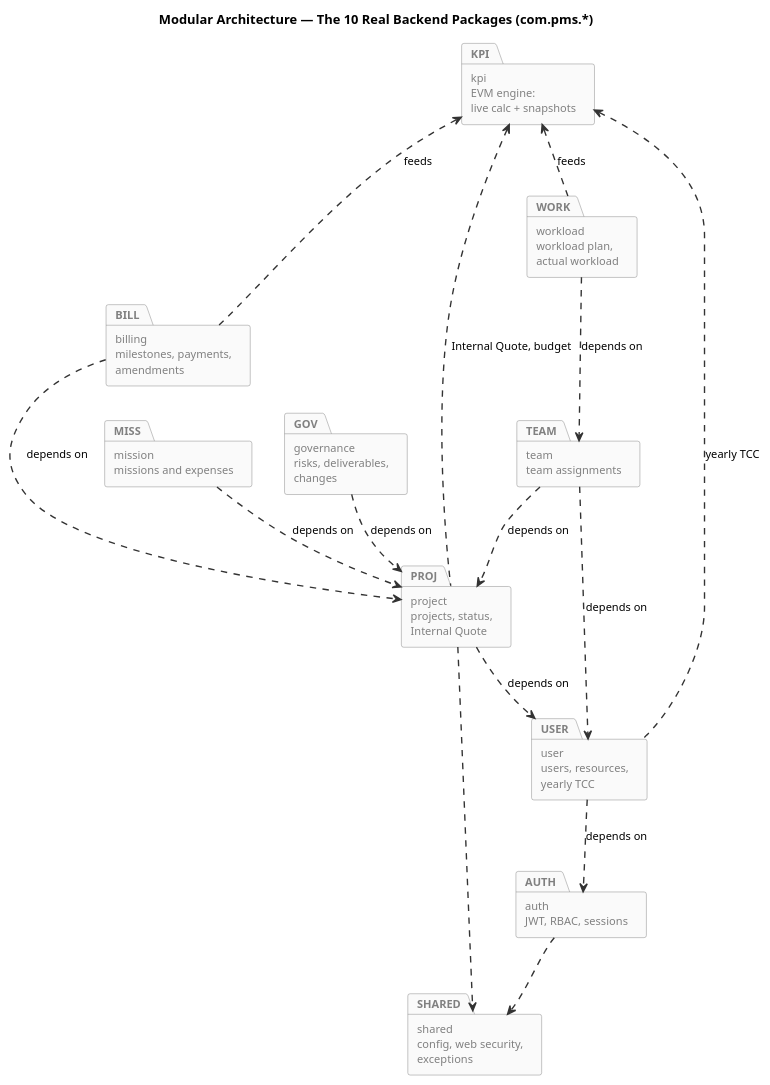
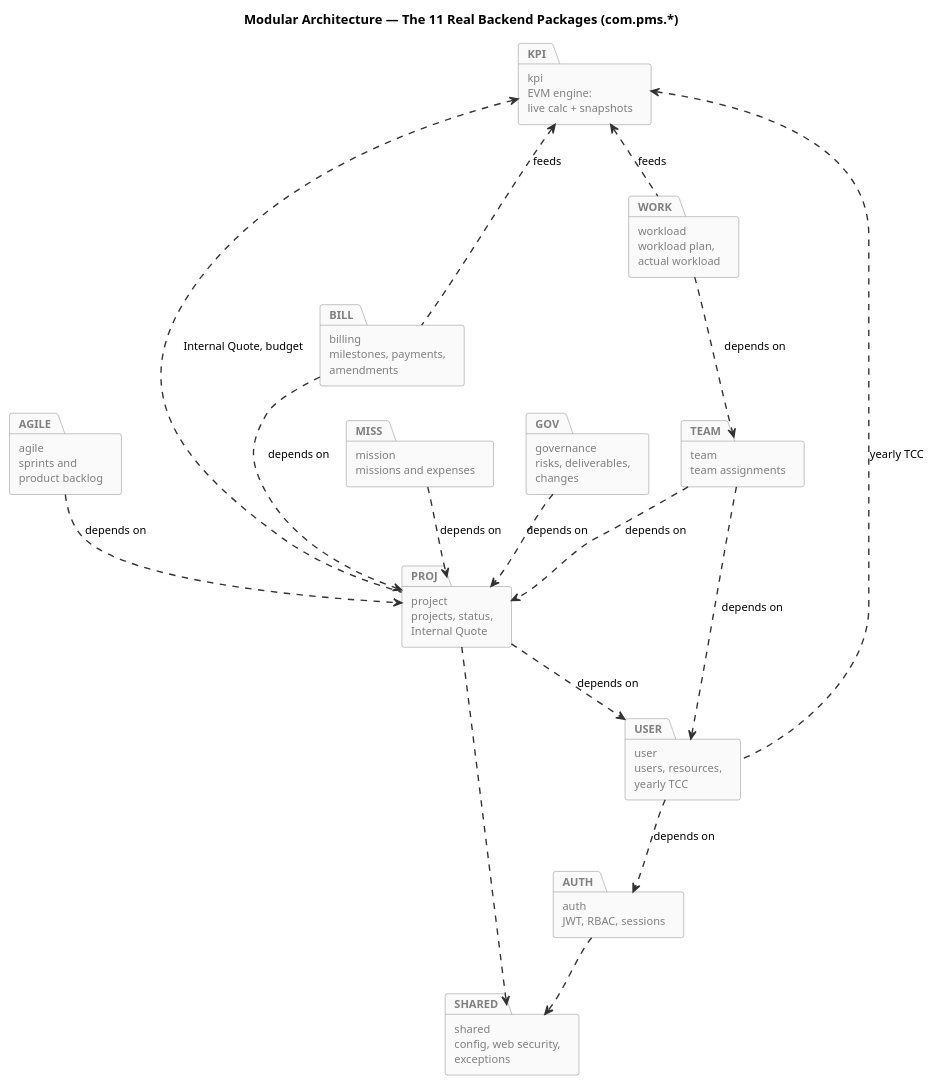
One commit to mazenrakrouki/tekup-pms-platform changed the diagram in docs/uml/02-package.puml. Above: the diagram before and after it, drawn with PlantUML. The commit also changed 6 other files, not shown here.

First line of the commit message:
Apply the domain-level principle to the remaining diagrams

```diff
--- a/docs/uml/02-package.puml
+++ b/docs/uml/02-package.puml
@@ -1,43 +1,45 @@
 @startuml package_diagram
-title Modular Architecture — The 10 Real Backend Packages (com.pms.*)
+title Modular Architecture — The 11 Real Backend Packages (com.pms.*)
 
 skinparam shadowing false
 skinparam packageStyle rectangle
 skinparam packageBackgroundColor #FAFAFA
 skinparam packageBorderColor #808080
 skinparam packageFontColor #808080
 skinparam packageFontSize 13
 skinparam defaultFontName Helvetica
 skinparam defaultFontSize 12
 skinparam ArrowColor #333333
 skinparam ArrowThickness 1.5
 
 package "auth\nJWT, RBAC, sessions"                    as AUTH
 package "user\nusers, resources,\nyearly TCC"           as USER
 package "project\nprojects, status,\nInternal Quote"    as PROJ
 package "team\nteam assignments"                        as TEAM
 package "workload\nworkload plan,\nactual workload"     as WORK
 package "billing\nmilestones, payments,\namendments"    as BILL
 package "mission\nmissions and expenses"                as MISS
 package "governance\nrisks, deliverables,\nchanges"     as GOV
+package "agile\nsprints and\nproduct backlog"          as AGILE
 package "kpi\nEVM engine:\nlive calc + snapshots"       as KPI
 package "shared\nconfig, web security,\nexceptions"     as SHARED
 
 USER ..> AUTH : depends on
 PROJ ..> USER : depends on
 TEAM ..> PROJ : depends on
 TEAM ..> USER : depends on
 WORK ..> TEAM : depends on
 BILL ..> PROJ : depends on
 MISS ..> PROJ : depends on
 GOV  ..> PROJ : depends on
+AGILE ..> PROJ : depends on
 
 KPI <.. WORK : feeds
 KPI <.. BILL : feeds
 KPI <.. USER : yearly TCC
 KPI <.. PROJ : Internal Quote, budget
 
 AUTH ..> SHARED
 PROJ ..> SHARED
 
 @enduml
```
